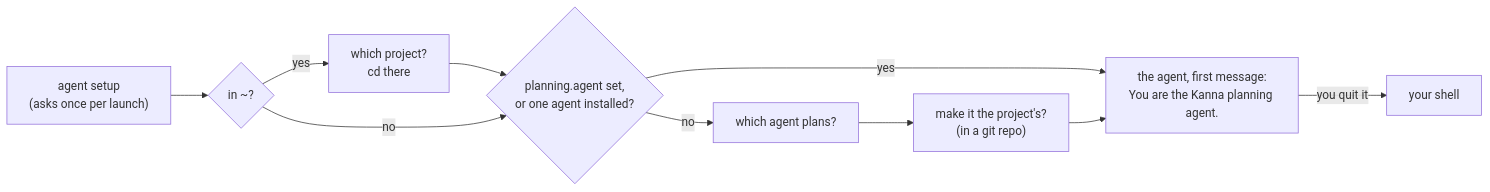
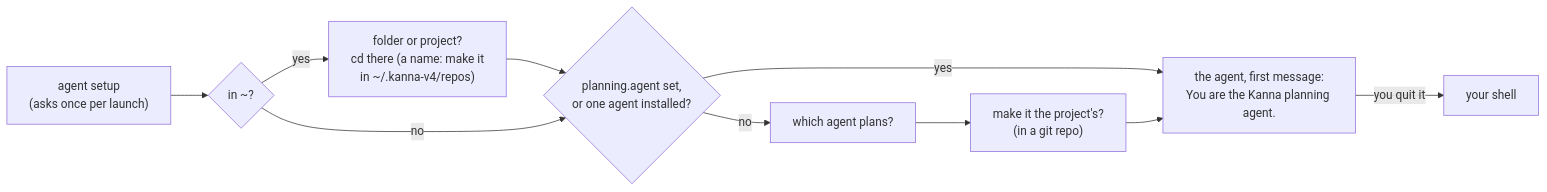
The diagram in docs/specs/new-desk.md (jemdiggity/kanna-v4), drawn with Mermaid before and after one commit. The commit also changed other lines of this file and 3 other files, not shown here.

Commit message:
New Desk in ~ asks for a folder or a new project's name: a folder is moved to, a name is made (empty, not yet a repo) in ~/.kanna-v4/repos and moved to, before the agent starts; no list of projects; mockup and screenshots

````diff
--- a/docs/specs/new-desk.md
+++ b/docs/specs/new-desk.md
@@ -42,9 +42,9 @@
 ```mermaid
 flowchart LR
     S["agent setup<br/>(asks once per launch)"] --> W{"in ~?"}
-    W -->|"yes"| J["which project?<br/>cd there"] --> P
+    W -->|"yes"| J["folder or project?<br/>cd there (a name: make it<br/>in ~/.kanna-v4/repos)"] --> P
     W -->|"no"| P{"planning.agent set,<br/>or one agent installed?"}
     P -->|"yes"| A["the agent, first message:<br/>You are the Kanna planning agent."]
     P -->|"no"| Q["which agent plans?"] --> O["make it the project's?<br/>(in a git repo)"] --> A
     A -->|"you quit it"| SH["your shell"]
 ```
````
